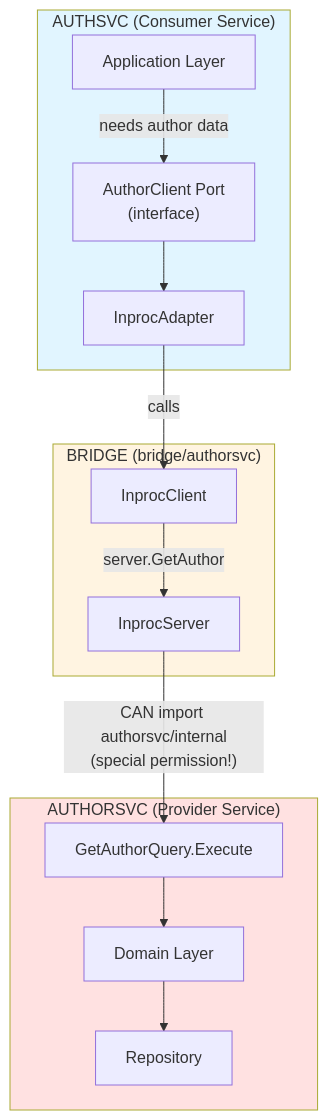
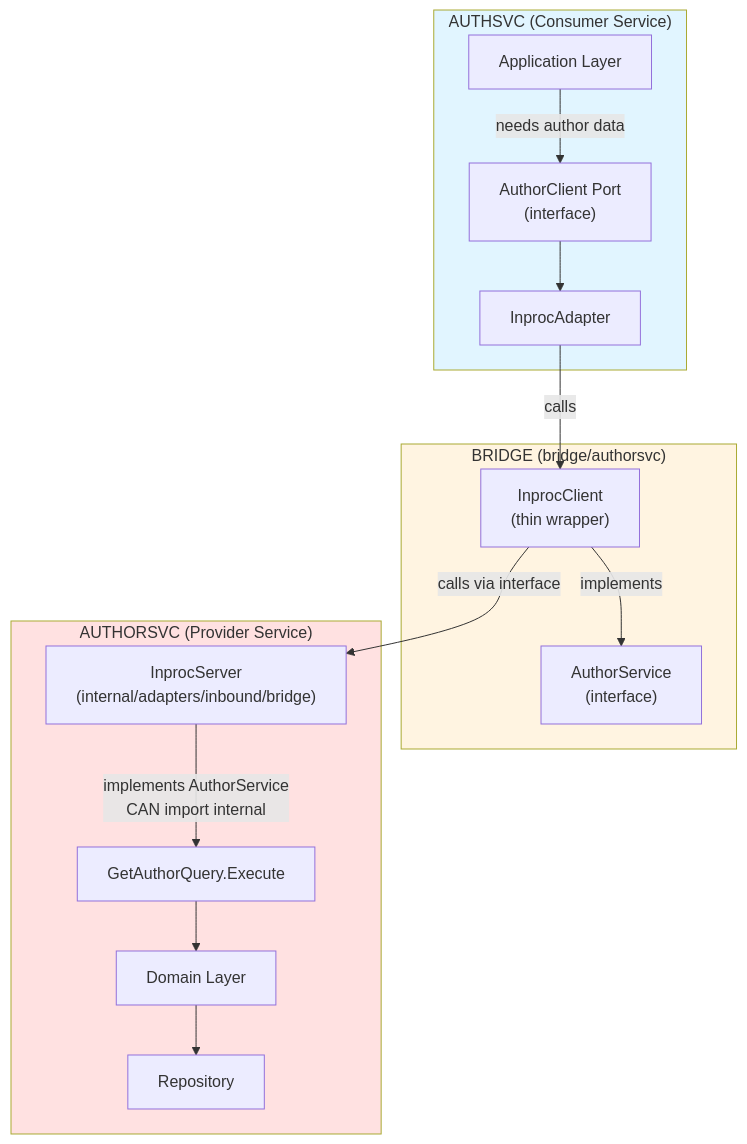
Before and after one commit to pivaldi/go-modular-monolith-white-paper: the diagram in bridge-module-pattern.md, drawn with Mermaid. The commit also changed other lines of this file and 8 other files, not shown here.

````diff
--- a/bridge-module-pattern.md
+++ b/bridge-module-pattern.md
@@ -49,34 +58,36 @@
 ```mermaid
 graph TB
     subgraph consumer["AUTHSVC (Consumer Service)"]
         app_layer["Application Layer"]
         port["AuthorClient Port<br/>(interface)"]
         inproc_adapter["InprocAdapter"]
 
         app_layer -->|needs author data| port
         port --> inproc_adapter
     end
 
     subgraph bridge["BRIDGE (bridge/authorsvc)"]
-        inproc_client["InprocClient"]
-        inproc_server["InprocServer"]
+        inproc_client["InprocClient<br/>(thin wrapper)"]
+        interface["AuthorService<br/>(interface)"]
 
-        inproc_client -->|server.GetAuthor| inproc_server
+        inproc_client -->|implements| interface
     end
 
     subgraph provider["AUTHORSVC (Provider Service)"]
+        inproc_server["InprocServer<br/>(internal/adapters/inbound/bridge)"]
         query["GetAuthorQuery.Execute"]
         domain["Domain Layer"]
         repo["Repository"]
 
+        inproc_server -->|implements AuthorService<br/>CAN import internal| query
         query --> domain
         domain --> repo
     end
 
     inproc_adapter -->|calls| inproc_client
-    inproc_server -->|"CAN import authorsvc/internal<br/>(special permission!)"| query
+    inproc_client -->|calls via interface| inproc_server
 
     style consumer fill:#e1f5ff
     style bridge fill:#fff4e1
     style provider fill:#ffe1e1
 ```
````
